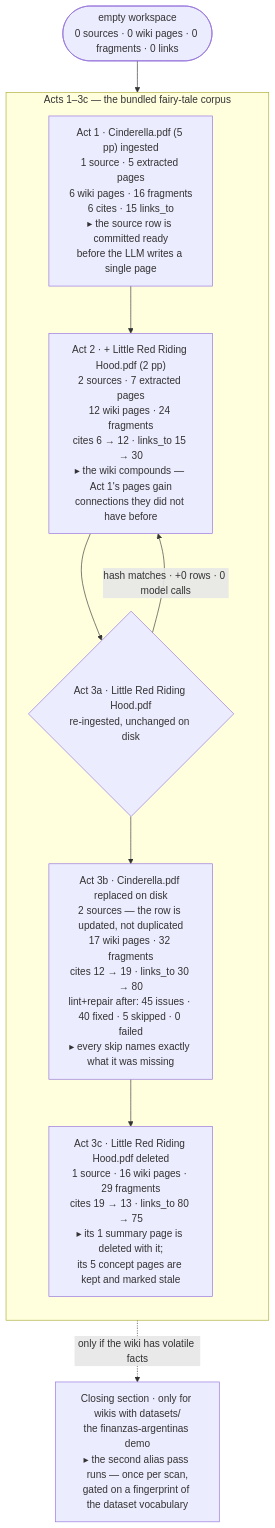
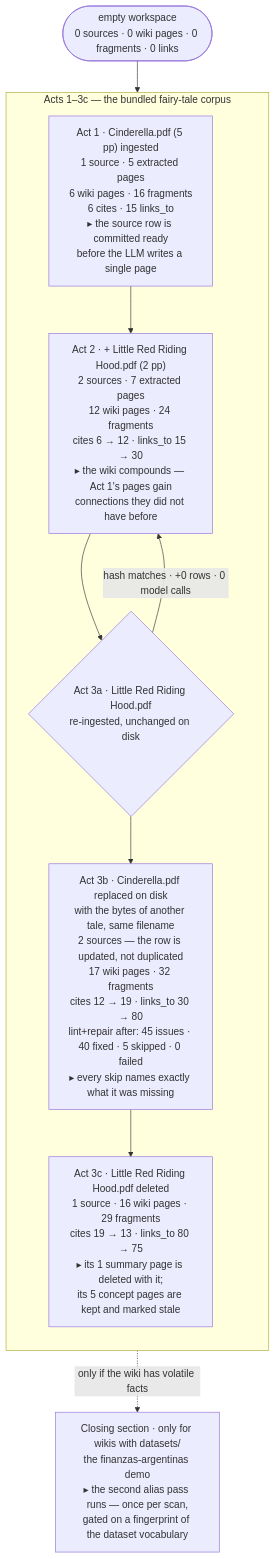
The third of 5 diagrams in docs/ingestion_walkthrough.md (Clod/llmwiki-marimo), drawn with Mermaid before and after one commit.

Commit message:
docs: clarify the Cinderella file replacement scenario in ingestion walkthrough diagram

````diff
--- a/docs/ingestion_walkthrough.md
+++ b/docs/ingestion_walkthrough.md
@@ -992,19 +992,19 @@
 ```mermaid
 flowchart TD
     E(["empty workspace<br/>0 sources · 0 wiki pages · 0 fragments · 0 links"])
 
     subgraph FT ["Acts 1–3c — the bundled fairy-tale corpus"]
         direction TB
         A1["Act 1 · Cinderella.pdf (5 pp) ingested<br/>1 source · 5 extracted pages<br/>6 wiki pages · 16 fragments<br/>6 cites · 15 links_to<br/>▸ the source row is committed ready<br/>before the LLM writes a single page"]
         A2["Act 2 · + Little Red Riding Hood.pdf (2 pp)<br/>2 sources · 7 extracted pages<br/>12 wiki pages · 24 fragments<br/>cites 6 → 12 · links_to 15 → 30<br/>▸ the wiki compounds — Act 1's pages gain<br/>connections they did not have before"]
         A3a{"Act 3a · Little Red Riding Hood.pdf<br/>re-ingested, unchanged on disk"}
-        A3b["Act 3b · Cinderella.pdf replaced on disk<br/>2 sources — the row is updated, not duplicated<br/>17 wiki pages · 32 fragments<br/>cites 12 → 19 · links_to 30 → 80<br/>lint+repair after: 45 issues · 40 fixed · 5 skipped · 0 failed<br/>▸ every skip names exactly what it was missing"]
+        A3b["Act 3b · Cinderella.pdf replaced on disk<br/>with the bytes of another tale, same filename<br/>2 sources — the row is updated, not duplicated<br/>17 wiki pages · 32 fragments<br/>cites 12 → 19 · links_to 30 → 80<br/>lint+repair after: 45 issues · 40 fixed · 5 skipped · 0 failed<br/>▸ every skip names exactly what it was missing"]
         A3c["Act 3c · Little Red Riding Hood.pdf deleted<br/>1 source · 16 wiki pages · 29 fragments<br/>cites 19 → 13 · links_to 80 → 75<br/>▸ its 1 summary page is deleted with it;<br/>its 5 concept pages are kept and marked stale"]
     end
 
     COD["Closing section · only for wikis with datasets/<br/>the finanzas-argentinas demo<br/>▸ the second alias pass runs — once per scan,<br/>gated on a fingerprint of the dataset vocabulary"]
 
     E --> A1 --> A2 --> A3a
     A3a -->|"hash matches · +0 rows · 0 model calls"| A2
     A3a --> A3b --> A3c -.->|"only if the wiki has volatile facts"| COD
 ```
````
